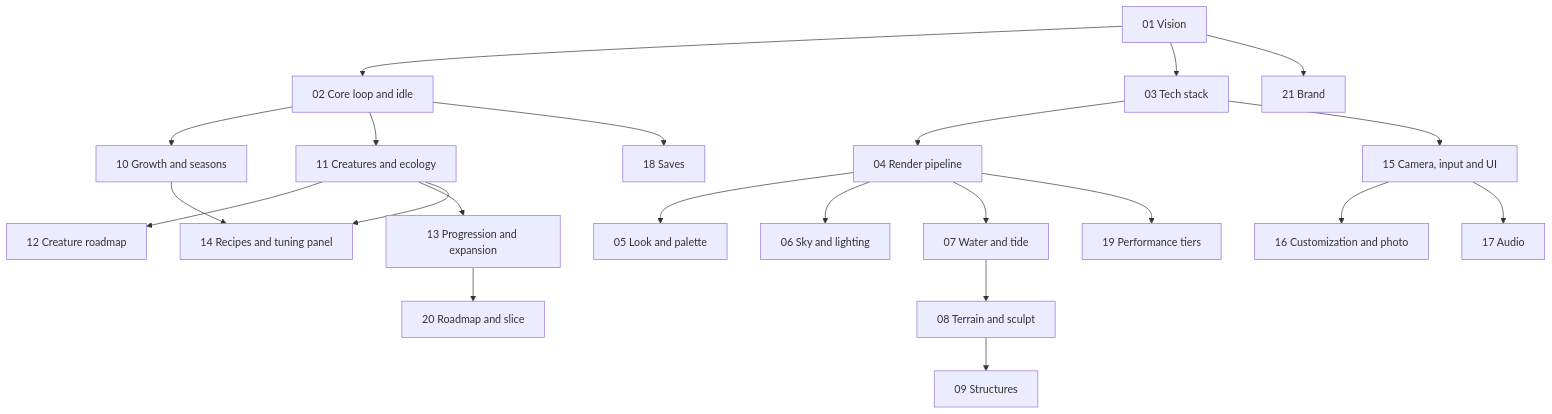
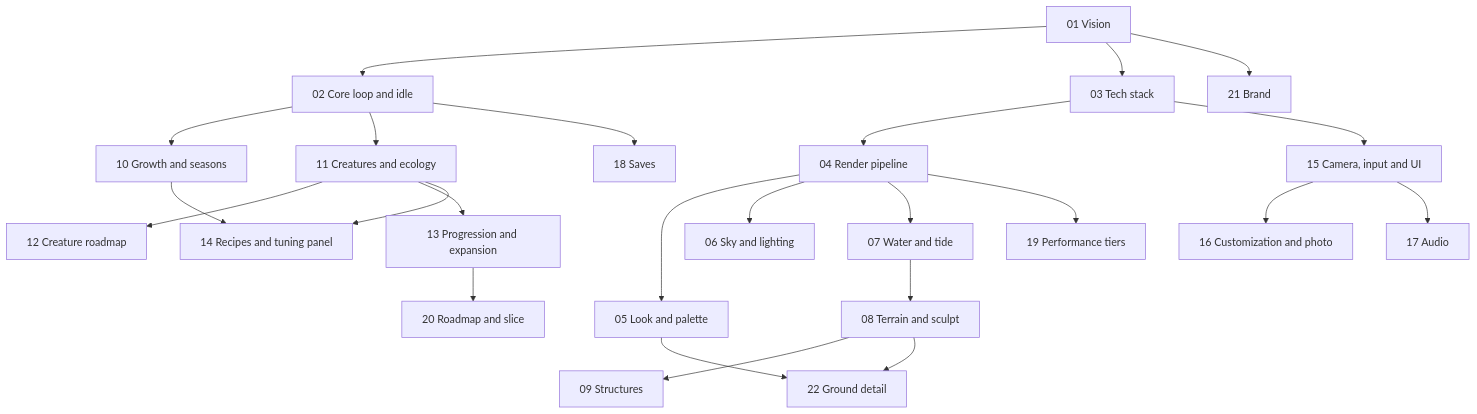
Before and after one commit to mshomper/ebb: the diagram in docs/README.md, drawn with Mermaid. The commit also changed other lines of this file and 8 other files, not shown here.

First line of the commit message:
Docs: ground detail steps G1-G3 and realism-first palettes

````diff
--- a/docs/README.md
+++ b/docs/README.md
@@ -7,24 +7,26 @@
 ```mermaid
 flowchart TD
     V[01 Vision] --> L[02 Core loop and idle]
     V --> T[03 Tech stack]
     T --> R[04 Render pipeline]
     R --> P[05 Look and palette]
     R --> S[06 Sky and lighting]
     R --> W[07 Water and tide]
     L --> G[10 Growth and seasons]
     L --> C[11 Creatures and ecology]
     C --> CR[12 Creature roadmap]
     C --> PX[13 Progression and expansion]
     W --> TE[08 Terrain and sculpt]
     TE --> ST[09 Structures]
     G --> RC[14 Recipes and tuning panel]
     C --> RC
     T --> UI[15 Camera, input and UI]
     UI --> CU[16 Customization and photo]
     UI --> AU[17 Audio]
     L --> SV[18 Saves]
     R --> PF[19 Performance tiers]
     PX --> RM[20 Roadmap and slice]
     V --> B[21 Brand]
+    TE --> GD[22 Ground detail]
+    P --> GD
 ```
````
